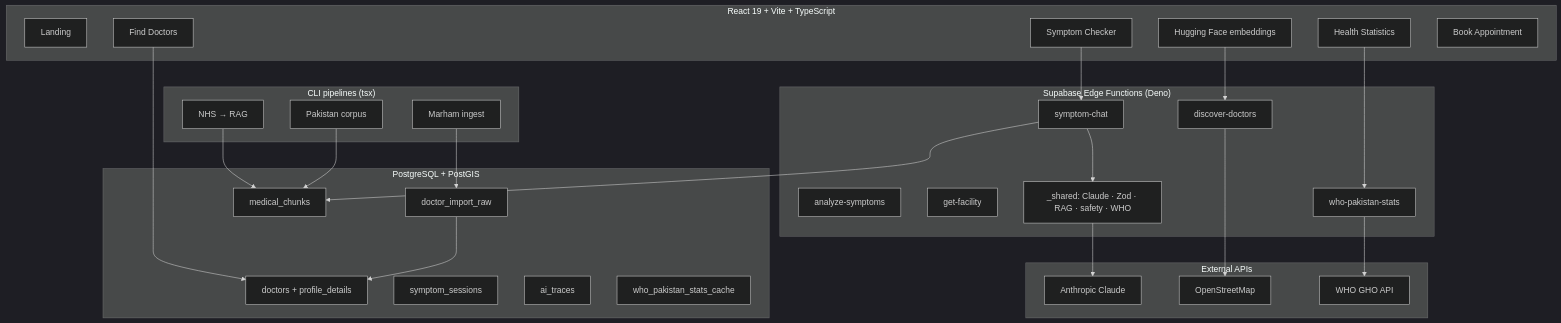
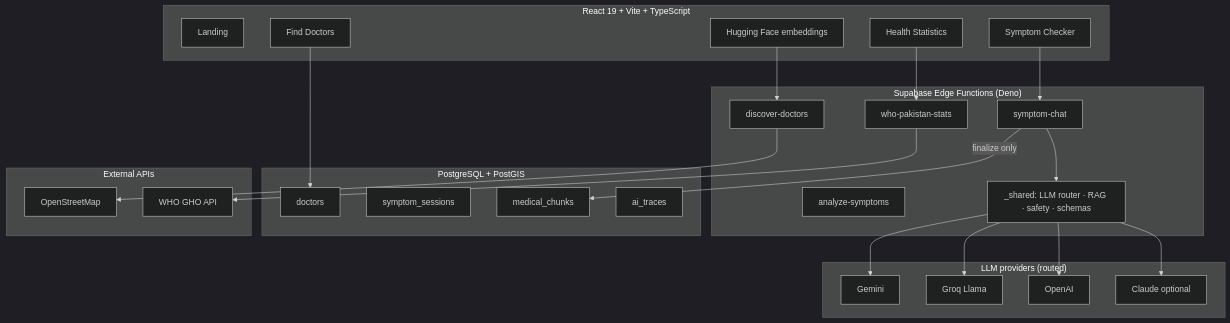
The diagram in README.md (Faran-samra/HealthPilot-AI), drawn with Mermaid (dark theme) before and after one commit. The commit also changed other lines of this file and 92 other files, not shown here.

````diff
--- a/README.md
+++ b/README.md
@@ -126,51 +115,45 @@
 ```mermaid
 flowchart TB
   subgraph Client["React 19 + Vite + TypeScript"]
     LP[Landing]
     SC[Symptom Checker]
     FD[Find Doctors]
     HF[Healthcare Facilities]
     HS[Health Statistics]
-    BK[Book Appointment]
   end
 
   subgraph Edge["Supabase Edge Functions (Deno)"]
     SCF[symptom-chat]
     AS[analyze-symptoms]
     DISC[discover-doctors]
-    GF[get-facility]
     WHO[who-pakistan-stats]
-    SH["_shared: Claude · Zod · RAG · safety · WHO"]
+    SH["_shared: LLM router · RAG · safety · schemas"]
   end
 
   subgraph Data["PostgreSQL + PostGIS"]
-    DOC[doctors + profile_details]
-    IMP[doctor_import_raw]
+    DOC[doctors]
     SESS[symptom_sessions]
     RAGT[medical_chunks]
     TRACE[ai_traces]
-    WHOC[who_pakistan_stats_cache]
   end
 
-  subgraph Ingest["CLI pipelines (tsx)"]
-    MAR[Marham ingest]
-    NHS[NHS → RAG]
-    PK[Pakistan corpus]
+  subgraph LLM["LLM providers (routed)"]
+    GEM[Gemini]
+    GROQ[Groq Llama]
+    OAI[OpenAI]
+    CLAUDE[Claude optional]
   end
 
   subgraph External["External APIs"]
-    CLAUDE[Anthropic Claude]
     OSM[OpenStreetMap]
     HF[Hugging Face embeddings]
     GHO[WHO GHO API]
   end
 
-  SC --> SCF --> SH --> CLAUDE
-  SCF --> RAGT
+  SC --> SCF --> SH
+  SH --> GEM & GROQ & OAI & CLAUDE
+  SCF -->|finalize only| RAGT
   FD --> DOC
   HF --> DISC --> OSM
   HS --> WHO --> GHO
-  MAR --> IMP --> DOC
-  NHS --> RAGT
-  PK --> RAGT
 ```
````
